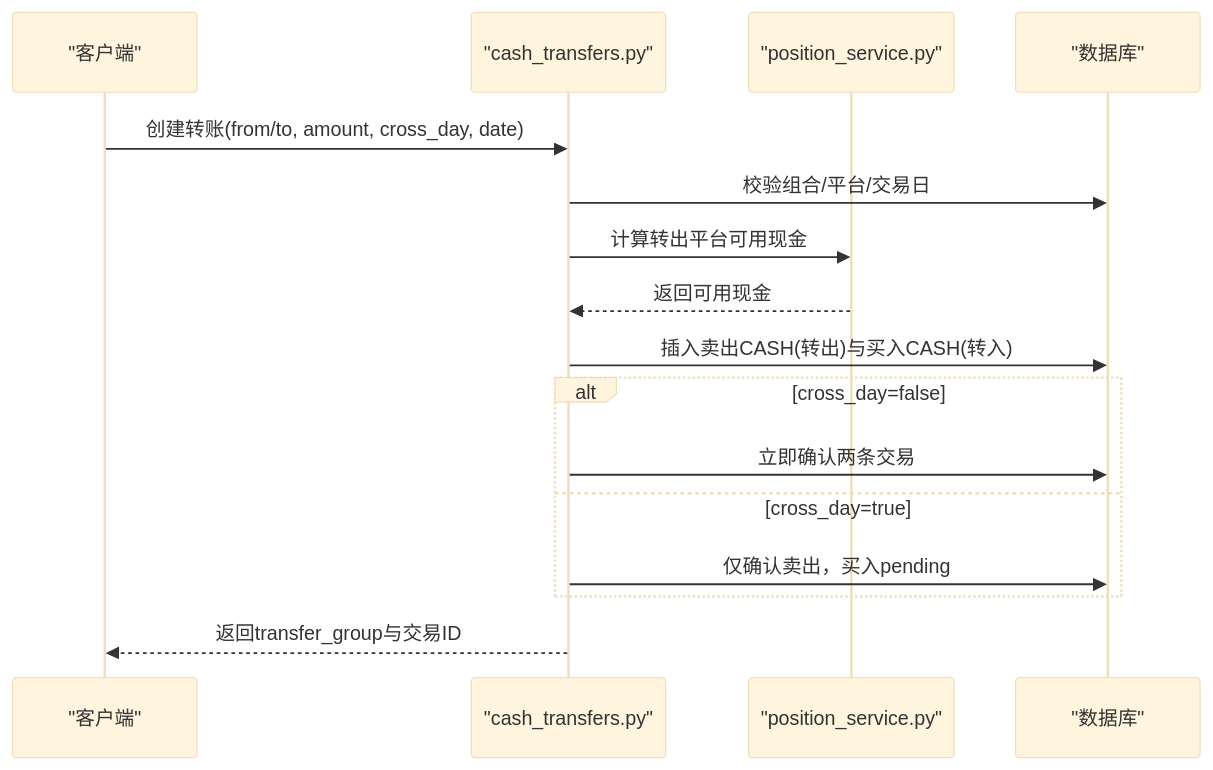
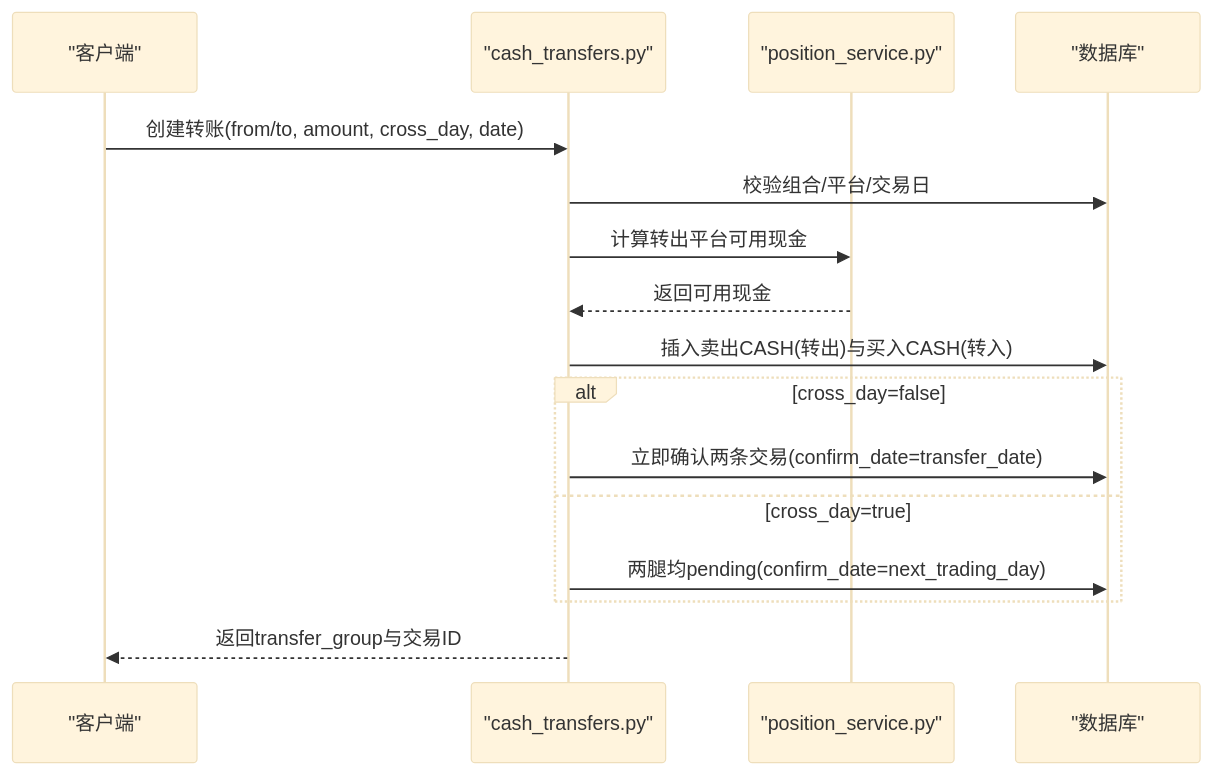
The sixth of 7 diagrams in .qoder/repowiki/zh/content/核心业务功能/平台间现金转移系统.md (gujialind/InvestRing), drawn with Mermaid (base theme) before and after one commit. The commit also changed other lines of this file and 8 other files, not shown here.

````diff
--- a/.qoder/repowiki/zh/content/核心业务功能/平台间现金转移系统.md
+++ b/.qoder/repowiki/zh/content/核心业务功能/平台间现金转移系统.md
@@ -276,18 +288,18 @@
 ```mermaid
 sequenceDiagram
 participant Client as "客户端"
 participant Router as "cash_transfers.py"
 participant PosSvc as "position_service.py"
 participant DB as "数据库"
 Client->>Router : 创建转账(from/to, amount, cross_day, date)
 Router->>DB : 校验组合/平台/交易日
 Router->>PosSvc : 计算转出平台可用现金
 PosSvc-->>Router : 返回可用现金
 Router->>DB : 插入卖出CASH(转出)与买入CASH(转入)
 alt cross_day=false
-Router->>DB : 立即确认两条交易
+Router->>DB : 立即确认两条交易(confirm_date=transfer_date)
 else cross_day=true
-Router->>DB : 仅确认卖出，买入pending
+Router->>DB : 两腿均pending(confirm_date=next_trading_day)
 end
 Router-->>Client : 返回transfer_group与交易ID
 ```
````
